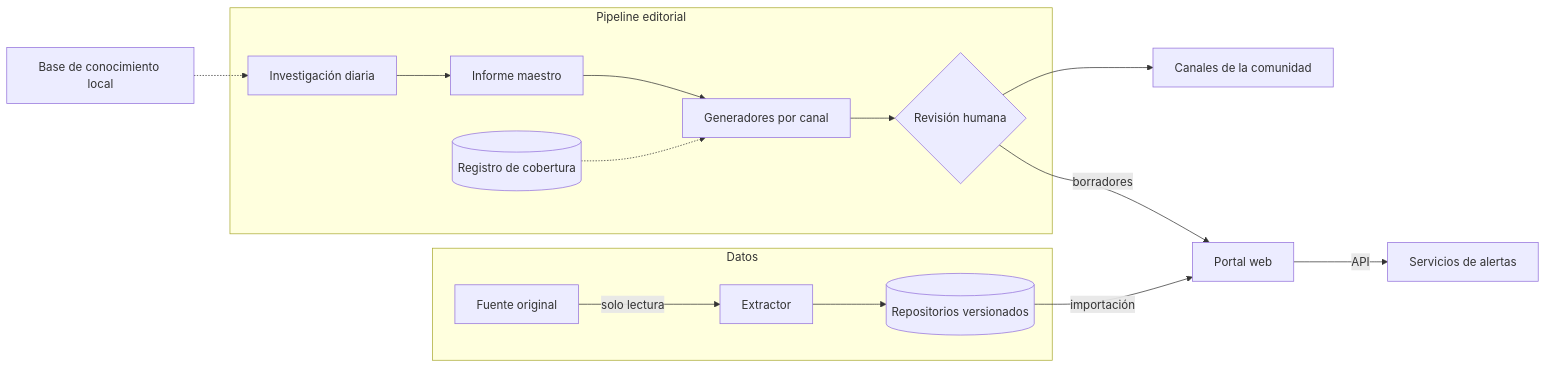
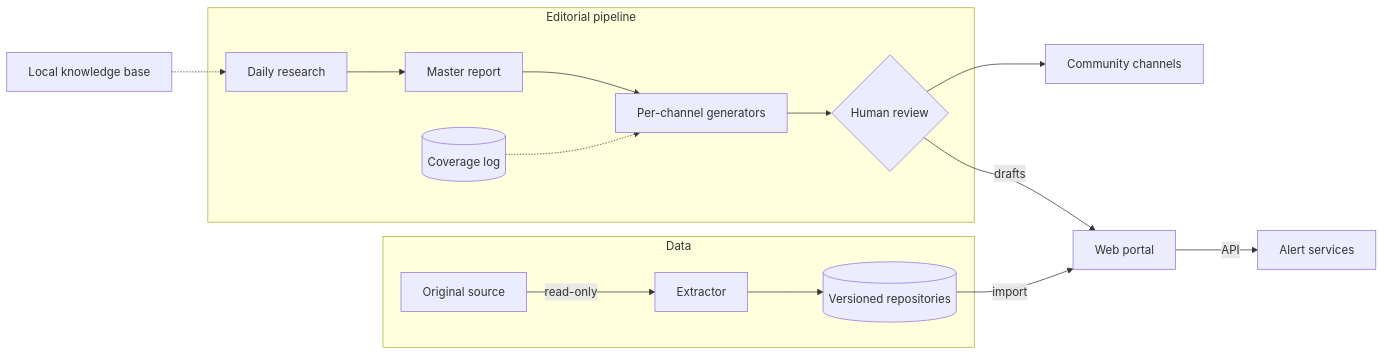
The diagram in d2mantix-architecture/README.md (reMantiX2/engineering-portfolio), drawn with Mermaid before and after one commit. The commit also changed other lines of this file and 19 other files, not shown here.

````diff
--- a/d2mantix-architecture/README.md
+++ b/d2mantix-architecture/README.md
@@ -34,20 +36,20 @@
 ```mermaid
 graph LR
-    subgraph EDITORIAL["Pipeline editorial"]
-        INV[Investigación diaria] --> INF[Informe maestro]
-        INF --> GEN[Generadores por canal]
-        COB[(Registro de cobertura)] -.-> GEN
-        GEN --> REV{Revisión humana}
+    subgraph EDITORIAL["Editorial pipeline"]
+        INV[Daily research] --> INF[Master report]
+        INF --> GEN[Per-channel generators]
+        COB[(Coverage log)] -.-> GEN
+        GEN --> REV{Human review}
     end
 
-    subgraph DATOS["Datos"]
-        SRC[Fuente original] -->|solo lectura| EXT[Extractor]
-        EXT --> REPO[(Repositorios versionados)]
+    subgraph DATOS["Data"]
+        SRC[Original source] -->|read-only| EXT[Extractor]
+        EXT --> REPO[(Versioned repositories)]
     end
 
-    KB[Base de conocimiento local] -.-> INV
-    REV --> CAN[Canales de la comunidad]
-    REV -->|borradores| WEB[Portal web]
-    REPO -->|importación| WEB
-    WEB -->|API| BOTS[Servicios de alertas]
+    KB[Local knowledge base] -.-> INV
+    REV --> CAN[Community channels]
+    REV -->|drafts| WEB[Web portal]
+    REPO -->|import| WEB
+    WEB -->|API| BOTS[Alert services]
 ```
````
